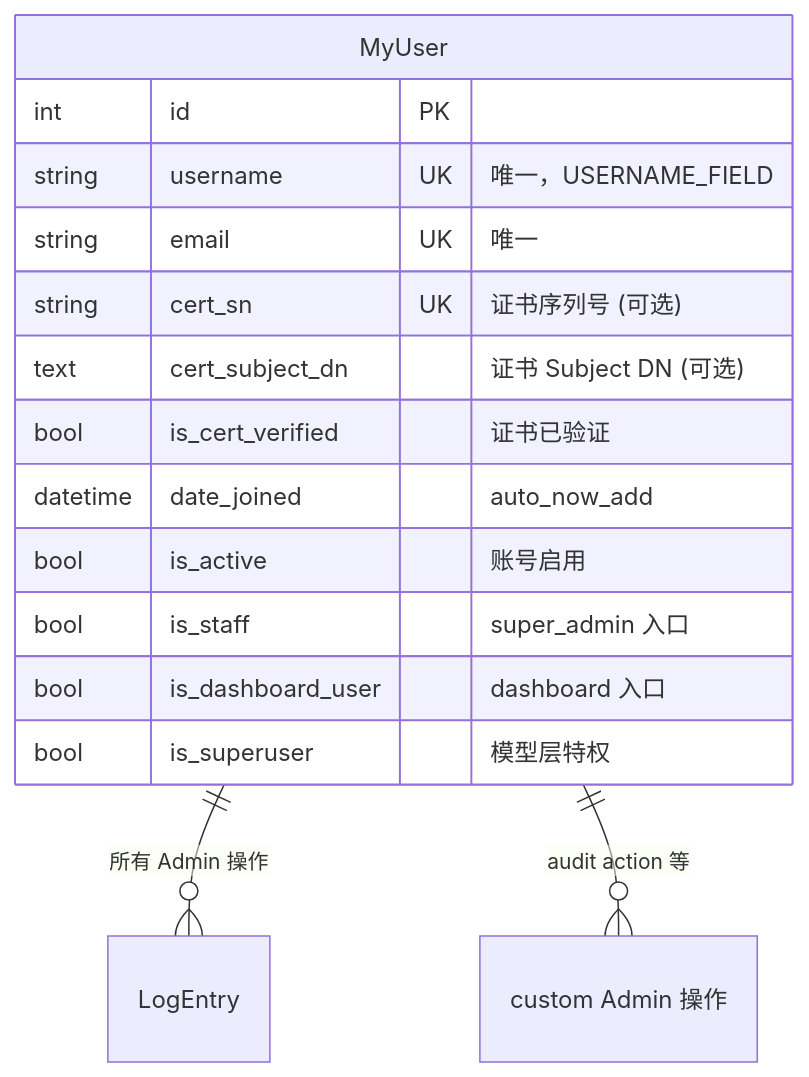
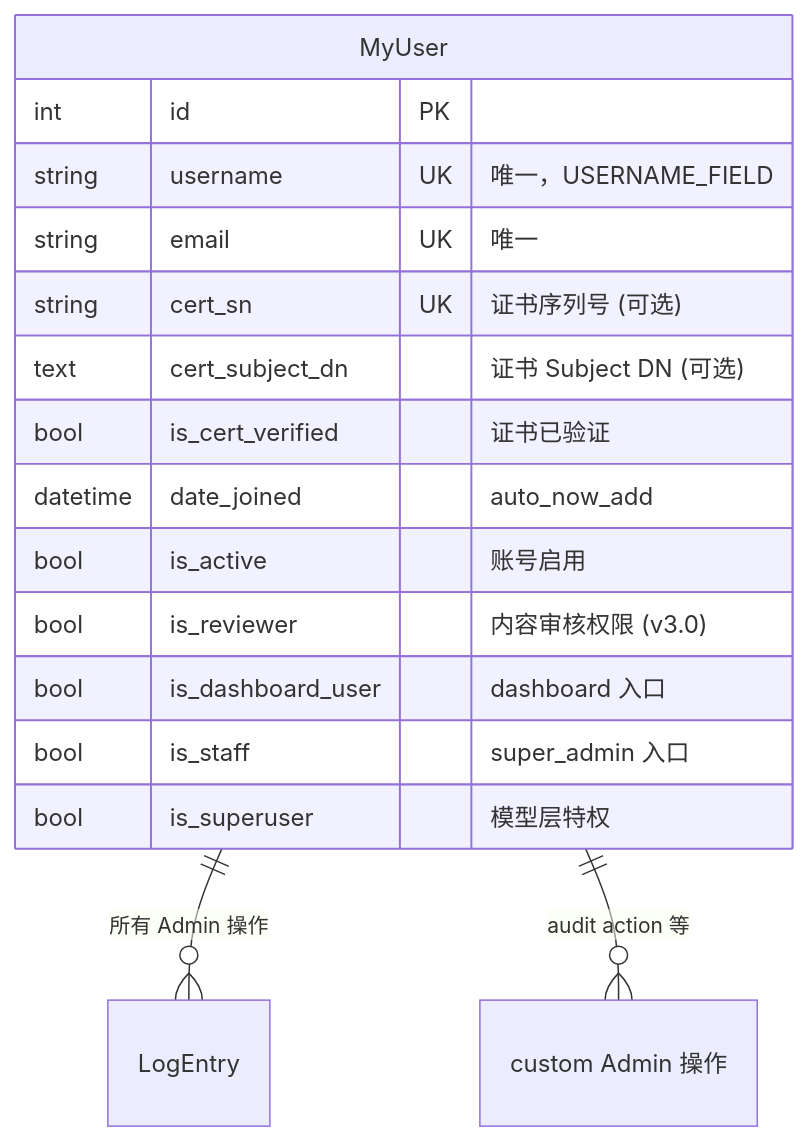
One commit to se-veN714/PowerAdapterBlogs changed the sixth of 6 diagrams in accounts/DEVELOPMENT.md. Above: the diagram before and after it, drawn with Mermaid. The commit also changed other lines of this file and 41 other files, not shown here.

````diff
--- a/accounts/DEVELOPMENT.md
+++ b/accounts/DEVELOPMENT.md
@@ -389,19 +505,20 @@
 ```mermaid
 erDiagram
     MyUser ||--o{ LogEntry : "所有 Admin 操作"
     MyUser ||--o{ "custom Admin 操作" : "audit action 等"
 
     MyUser {
         int id PK
         string username UK "唯一，USERNAME_FIELD"
         string email UK "唯一"
         string cert_sn UK "证书序列号 (可选)"
         text cert_subject_dn "证书 Subject DN (可选)"
         bool is_cert_verified "证书已验证"
         datetime date_joined "auto_now_add"
         bool is_active "账号启用"
+        bool is_reviewer "内容审核权限 (v3.0)"
+        bool is_dashboard_user "dashboard 入口"
         bool is_staff "super_admin 入口"
-        bool is_dashboard_user "dashboard 入口"
         bool is_superuser "模型层特权"
     }
 ```
````
